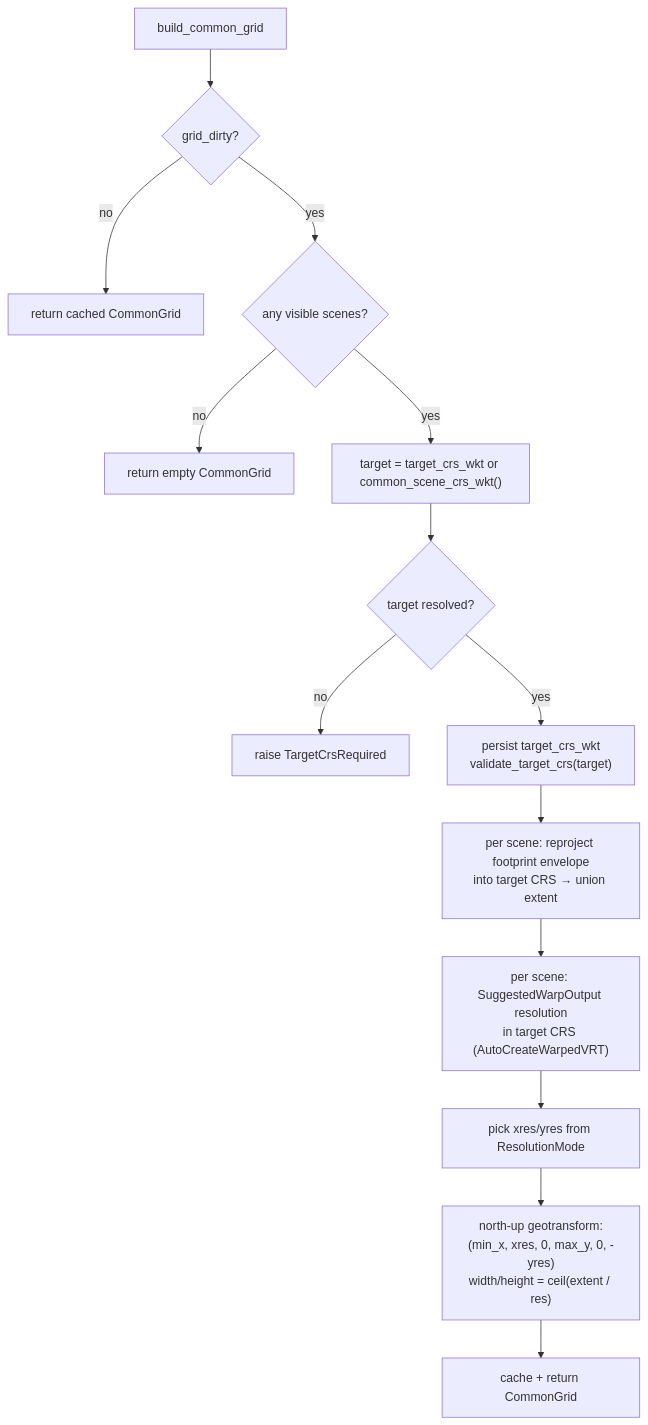
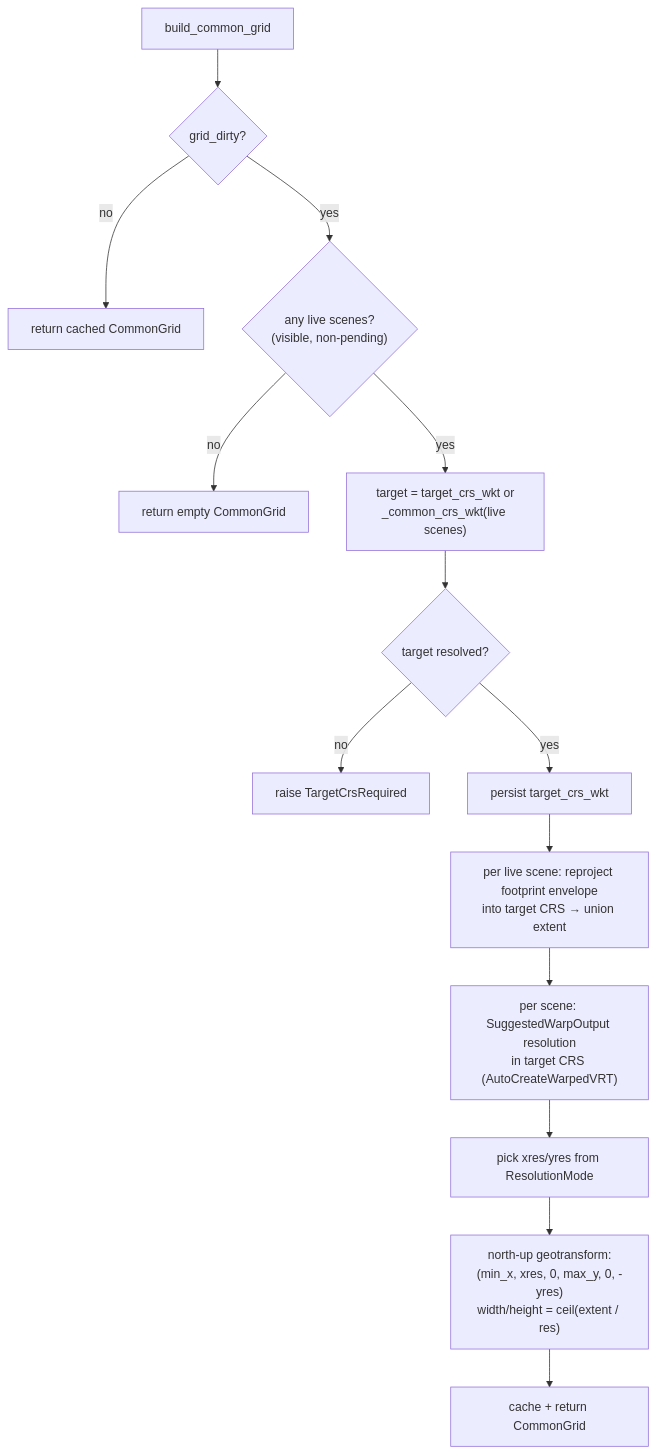
One commit to Ehlmann-research-group/WISER changed the fourth of 8 diagrams in doc/sphinx-general-wiser-docs/source/developer-content/mosaic-internals.md. Above: the diagram before and after it, drawn with Mermaid. The commit also changed other lines of this file, not shown here.

````diff
--- a/doc/sphinx-general-wiser-docs/source/developer-content/mosaic-internals.md
+++ b/doc/sphinx-general-wiser-docs/source/developer-content/mosaic-internals.md
@@ -343,16 +368,16 @@
 ```{mermaid}
 flowchart TD
     A[build_common_grid] --> B{grid_dirty?}
     B -->|no| C[return cached CommonGrid]
-    B -->|yes| D{any visible scenes?}
+    B -->|yes| D{"any live scenes?<br/>(visible, non-pending)"}
     D -->|no| E[return empty CommonGrid]
-    D -->|yes| F["target = target_crs_wkt or common_scene_crs_wkt()"]
+    D -->|yes| F["target = target_crs_wkt or<br/>_common_crs_wkt(live scenes)"]
     F --> G{target resolved?}
     G -->|no| H[raise TargetCrsRequired]
-    G -->|yes| I["persist target_crs_wkt<br/>validate_target_crs(target)"]
-    I --> J["per scene: reproject footprint envelope<br/>into target CRS → union extent"]
+    G -->|yes| I["persist target_crs_wkt"]
+    I --> J["per live scene: reproject footprint envelope<br/>into target CRS → union extent"]
     J --> K["per scene: SuggestedWarpOutput resolution<br/>in target CRS (AutoCreateWarpedVRT)"]
     K --> L["pick xres/yres from ResolutionMode"]
     L --> M["north-up geotransform:<br/>(min_x, xres, 0, max_y, 0, -yres)<br/>width/height = ceil(extent / res)"]
     M --> N[cache + return CommonGrid]
 ```
````
